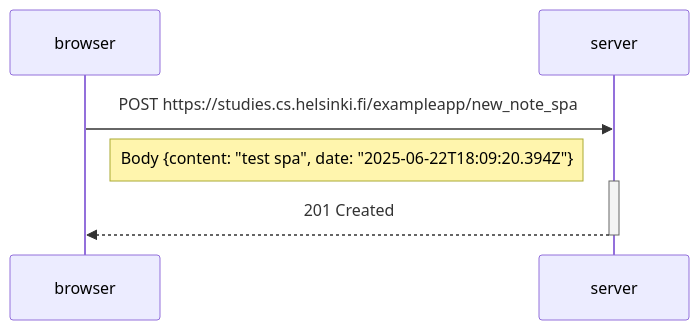
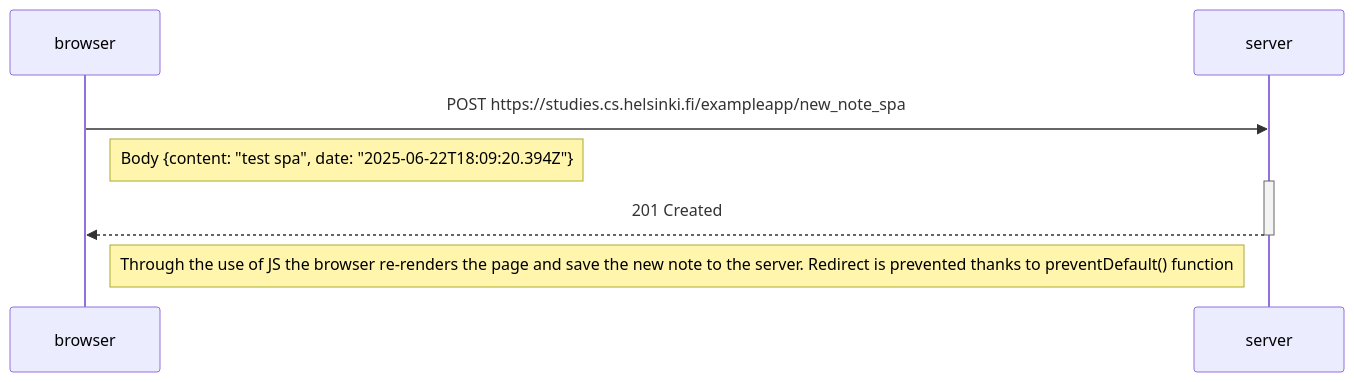
One commit to RedericoFocco/FullStackOpenCourse changed the diagram in Part0/0.6.md. Above: the diagram before and after it, drawn with Mermaid.

````diff
--- a/Part0/0.6.md
+++ b/Part0/0.6.md
@@ -1,8 +1,9 @@
 ```mermaid
 sequenceDiagram
     browser->>server: POST https://studies.cs.helsinki.fi/exampleapp/new_note_spa
     Note right of browser: Body {content: "test spa", date: "2025-06-22T18:09:20.394Z"}
     activate server
     server-->>browser: 201 Created
     deactivate server
+    Note right of browser: Through the use of JS the browser re-renders the page and save the new note to the server. Redirect is prevented thanks to preventDefault() function
 ```
````
